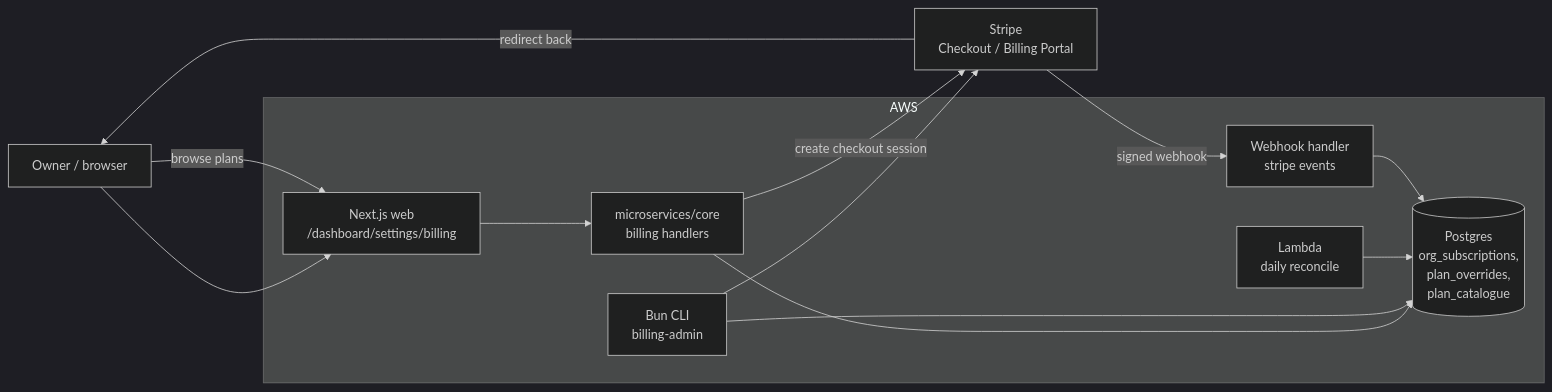
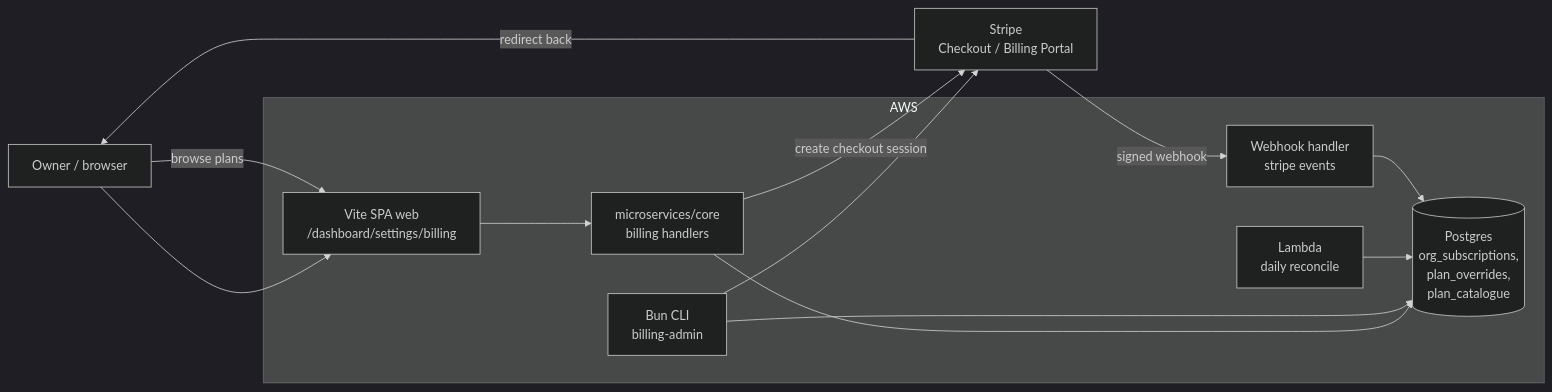
The diagram in .kiro/specs/ai-data-room/billing-subscription/design.md (Evans-Software-Solutions-Limited/ai-data-room), drawn with Mermaid (dark theme) before and after one commit. The commit also changed 6 other files, not shown here.

````diff
--- a/.kiro/specs/ai-data-room/billing-subscription/design.md
+++ b/.kiro/specs/ai-data-room/billing-subscription/design.md
@@ -21,26 +21,26 @@
 ```mermaid
 flowchart LR
   Owner[Owner / browser]
   Stripe[Stripe<br/>Checkout / Billing Portal]
 
   subgraph AWS["AWS"]
-    Web[Next.js web<br/>/dashboard/settings/billing]
+    Web[Vite SPA web<br/>/dashboard/settings/billing]
     API[microservices/core<br/>billing handlers]
     Webhook[Webhook handler<br/>stripe events]
     DB[(Postgres<br/>org_subscriptions,<br/>plan_overrides,<br/>plan_catalogue)]
     Reconcile[Lambda<br/>daily reconcile]
     CLI[Bun CLI<br/>billing-admin]
   end
 
   Owner -->|browse plans| Web
   Web --> API
   API -->|create checkout session| Stripe
   Stripe -->|redirect back| Owner
   Owner --> Web
   Stripe -->|signed webhook| Webhook
   Webhook --> DB
   Reconcile --> DB
   CLI --> DB
   CLI --> Stripe
   API --> DB
 ```
````
